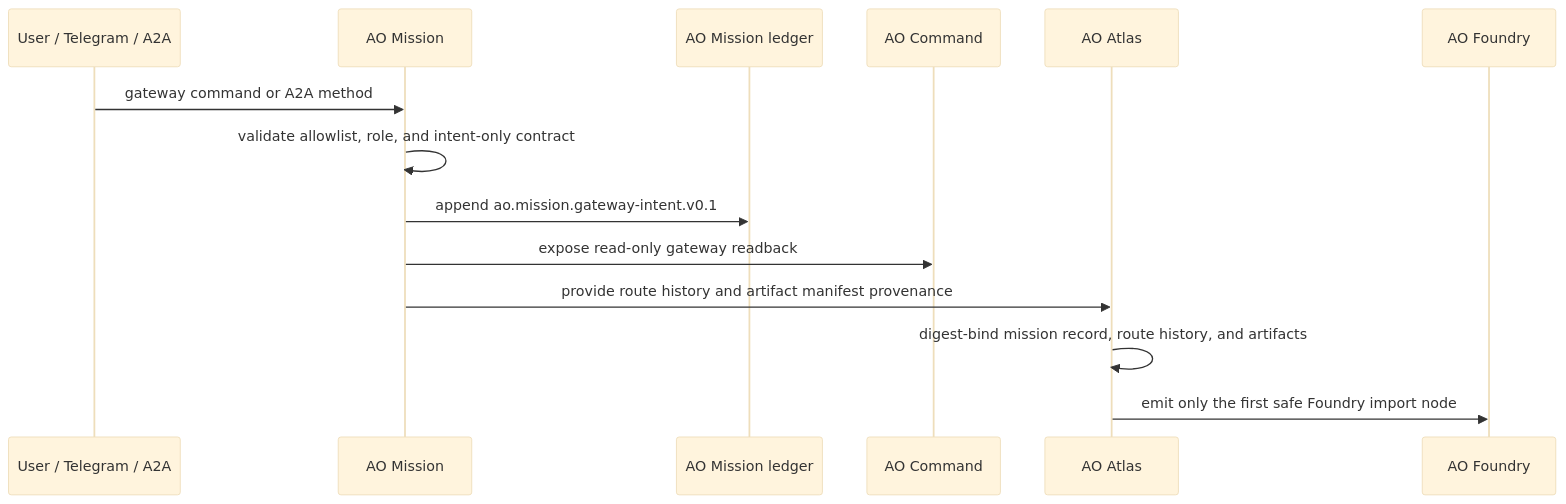
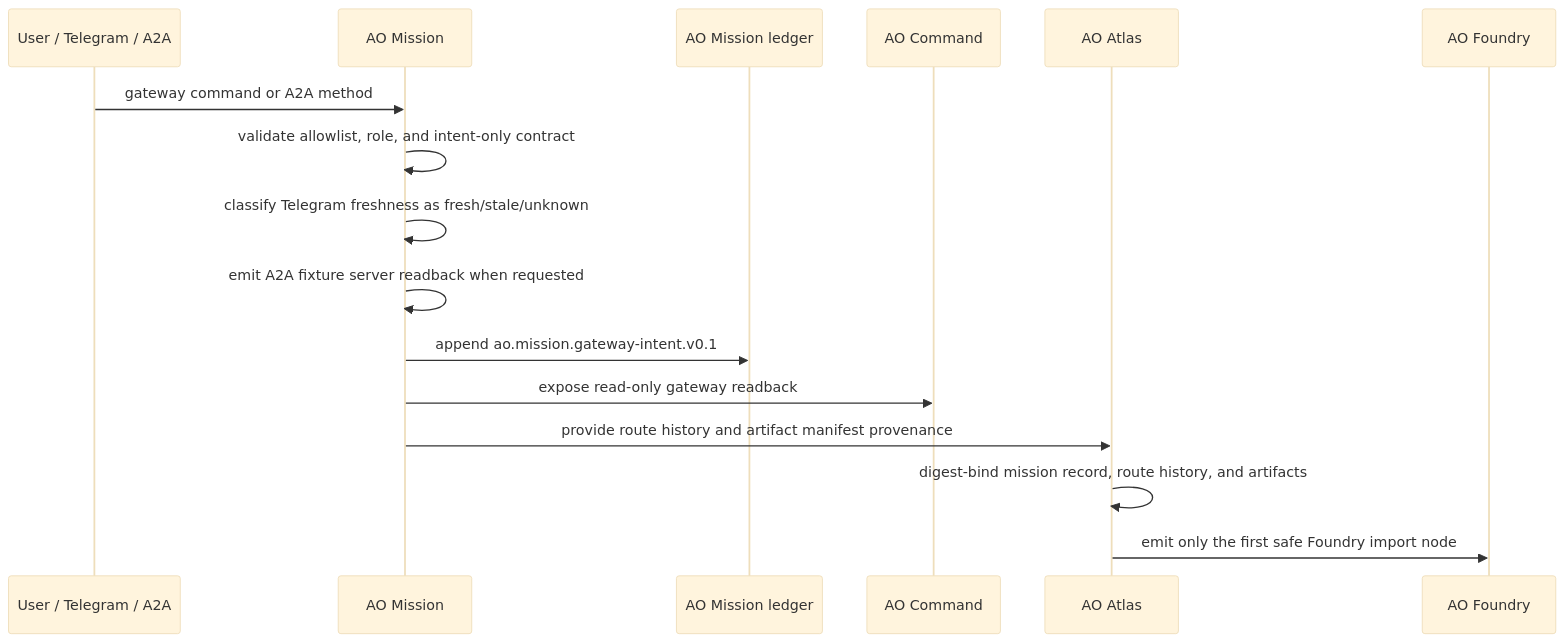
Before and after one commit to uesugitorachiyo/ao-architecture: the diagram in overview/AO-MISSION-GATEWAY-SEQUENCE.md, drawn with Mermaid (base theme). The commit also changed other lines of this file and 6 other files, not shown here.

````diff
--- a/overview/AO-MISSION-GATEWAY-SEQUENCE.md
+++ b/overview/AO-MISSION-GATEWAY-SEQUENCE.md
@@ -8,17 +8,19 @@
 ```mermaid
 sequenceDiagram
   participant User as User / Telegram / A2A
   participant Mission as AO Mission
   participant Ledger as AO Mission ledger
   participant Command as AO Command
   participant Atlas as AO Atlas
   participant Foundry as AO Foundry
 
   User->>Mission: gateway command or A2A method
   Mission->>Mission: validate allowlist, role, and intent-only contract
+  Mission->>Mission: classify Telegram freshness as fresh/stale/unknown
+  Mission->>Mission: emit A2A fixture server readback when requested
   Mission->>Ledger: append ao.mission.gateway-intent.v0.1
   Mission->>Command: expose read-only gateway readback
   Mission->>Atlas: provide route history and artifact manifest provenance
   Atlas->>Atlas: digest-bind mission record, route history, and artifacts
   Atlas->>Foundry: emit only the first safe Foundry import node
 ```
````
